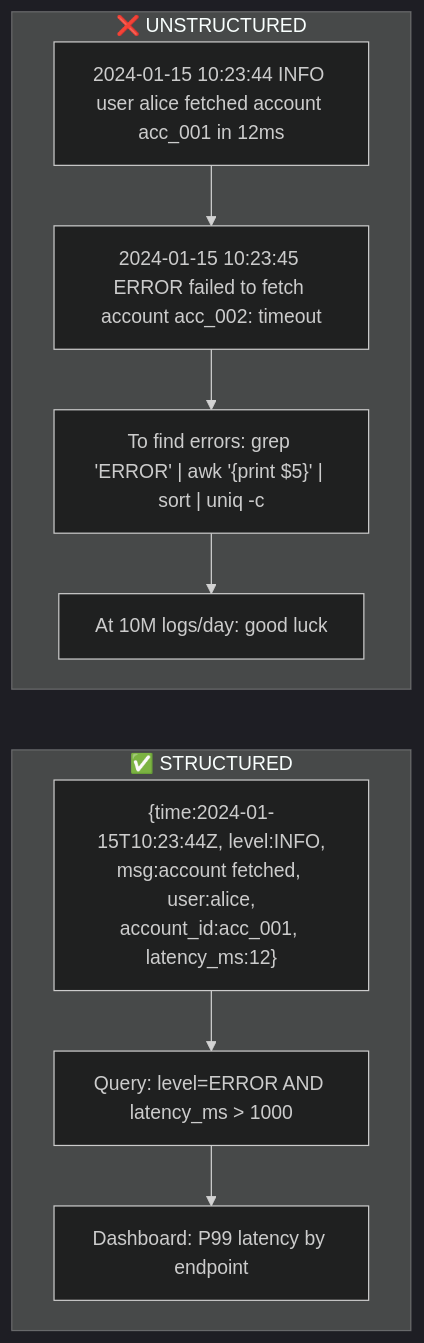
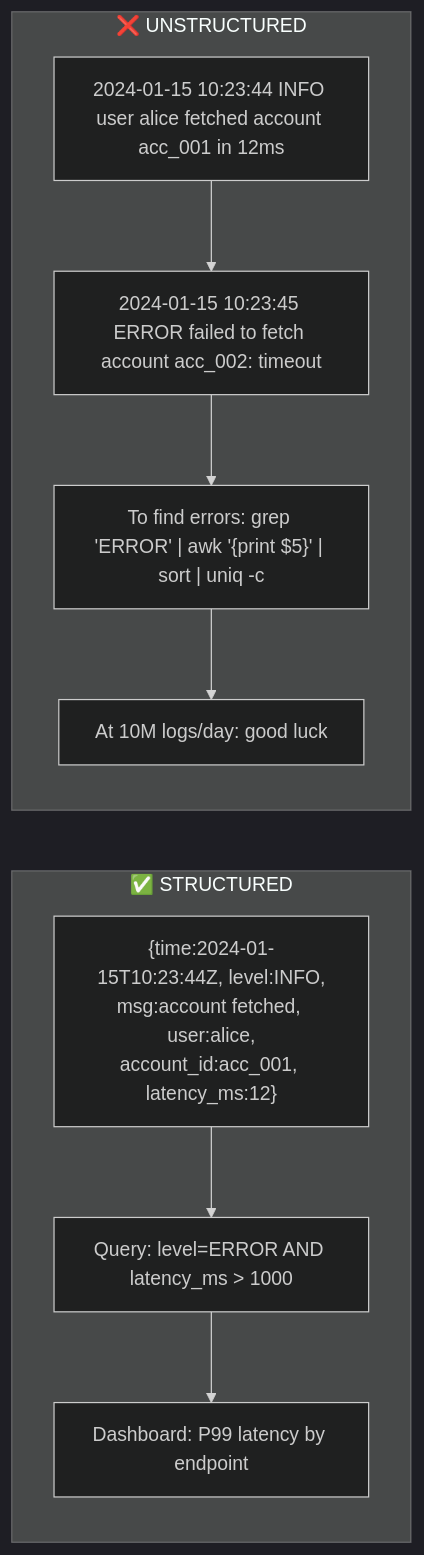
The first of 8 diagrams in internal/fundamentals/security-and-observability/03-structured-logging-slog.md (romangurevitch/GoTraining), drawn with Mermaid (dark theme) before and after one commit. The commit also changed other lines of this file and 20 other files, not shown here.

````diff
--- a/internal/fundamentals/security-and-observability/03-structured-logging-slog.md
+++ b/internal/fundamentals/security-and-observability/03-structured-logging-slog.md
@@ -7,20 +7,22 @@
 ```mermaid
-graph TB
+graph TD
     subgraph Unstructured["❌ UNSTRUCTURED"]
+        direction TB
         U1["2024-01-15 10:23:44 INFO user alice fetched account acc_001 in 12ms"]
         U2["2024-01-15 10:23:45 ERROR failed to fetch account acc_002: timeout"]
         U3["To find errors: grep 'ERROR' | awk '{print $5}' | sort | uniq -c"]
         U4["At 10M logs/day: good luck"]
         U1 --> U2 --> U3 --> U4
     end
 
+    Unstructured ~~~ Structured
+
     subgraph Structured["✅ STRUCTURED"]
+        direction TB
         S1["{time:2024-01-15T10:23:44Z, level:INFO,<br/>msg:account fetched, user:alice,<br/>account_id:acc_001, latency_ms:12}"]
         S2["Query: level=ERROR AND latency_ms > 1000"]
         S3["Dashboard: P99 latency by endpoint"]
         S1 --> S2 --> S3
     end
 
-    U4 ~~~ S1
-
 ```
````
